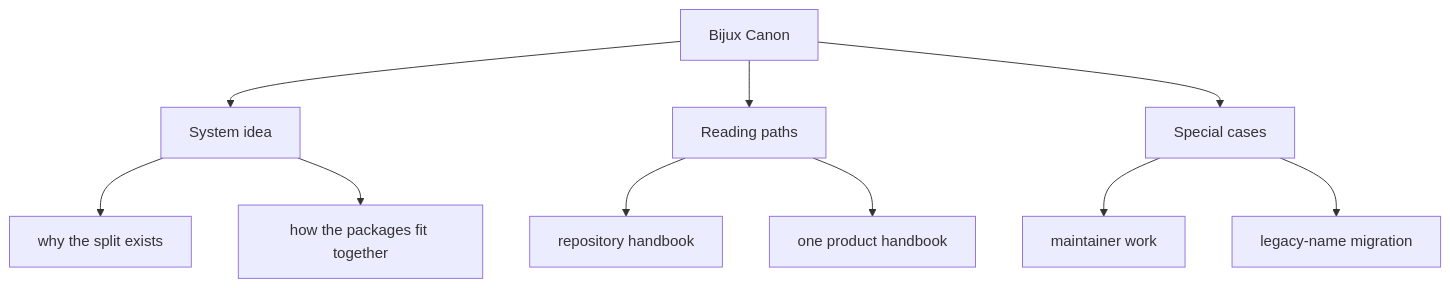
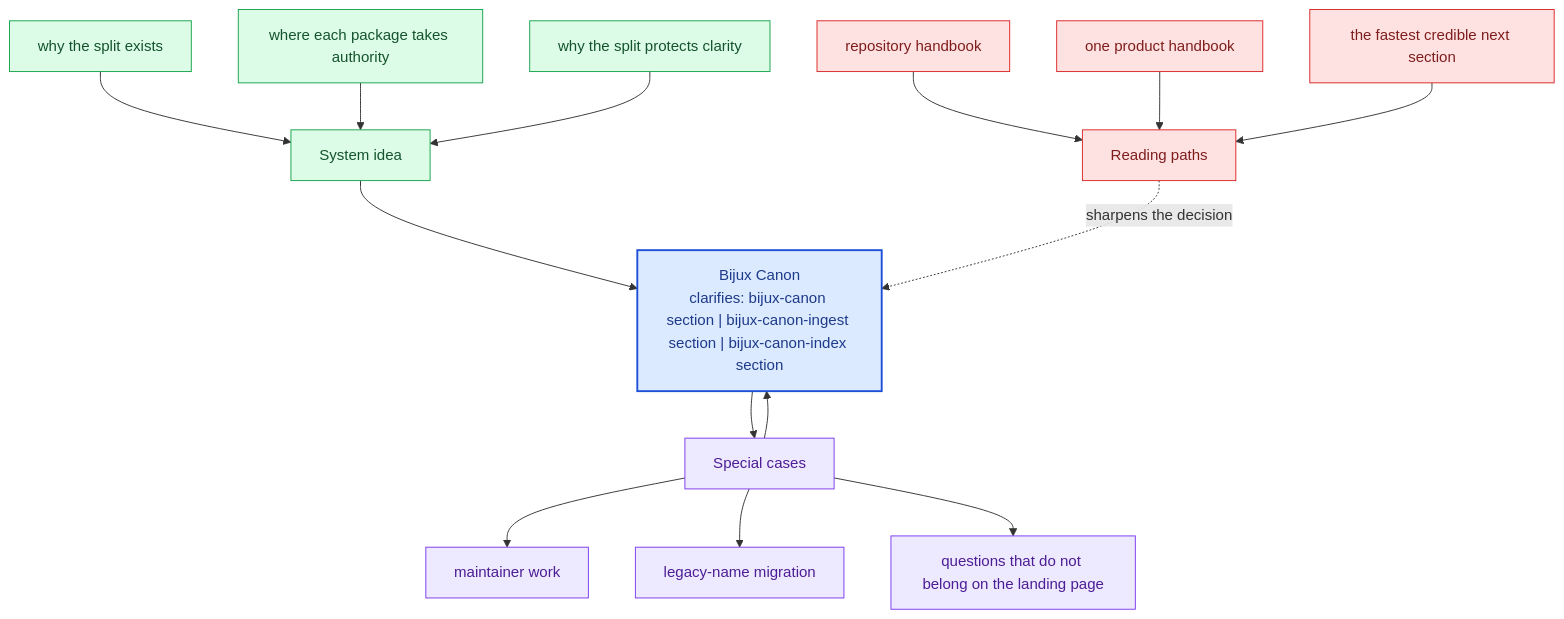
One commit to bijux/bijux-canon changed the second of 2 diagrams in docs/index.md. Above: the diagram before and after it, drawn with Mermaid. The commit also changed other lines of this file and 281 other files, not shown here.

Commit message:
docs(diagrams): deepen handbook mermaid maps across the catalog

````diff
--- a/docs/index.md
+++ b/docs/index.md
@@ -77,22 +110,40 @@
 ```mermaid
-flowchart TD
-    page["Bijux Canon"]
+flowchart TB
+    promise["Bijux Canon<br/>clarifies: bijux-canon section | bijux-canon-ingest section | bijux-canon-index section"]
+    classDef promise fill:#dbeafe,stroke:#1d4ed8,color:#1e3a8a,stroke-width:2px;
+    classDef driver fill:#dcfce7,stroke:#16a34a,color:#14532d;
+    classDef constraint fill:#fee2e2,stroke:#dc2626,color:#7f1d1d;
+    classDef ground fill:#ede9fe,stroke:#7c3aed,color:#4c1d95;
     focus1["System idea"]
-    page --> focus1
+    focus1 --> promise
     focus1_1["why the split exists"]
-    focus1 --> focus1_1
-    focus1_2["how the packages fit together"]
-    focus1 --> focus1_2
+    focus1_1 --> focus1
+    focus1_2["where each package takes authority"]
+    focus1_2 --> focus1
+    focus1_3["why the split protects clarity"]
+    focus1_3 --> focus1
+    class focus1 driver;
+    class focus1_1,focus1_2,focus1_3 driver;
     focus2["Reading paths"]
-    page --> focus2
+    focus2 -.sharpens the decision.-> promise
     focus2_1["repository handbook"]
-    focus2 --> focus2_1
+    focus2_1 --> focus2
     focus2_2["one product handbook"]
-    focus2 --> focus2_2
+    focus2_2 --> focus2
+    focus2_3["the fastest credible next section"]
+    focus2_3 --> focus2
+    class focus2 constraint;
+    class focus2_1,focus2_2,focus2_3 constraint;
     focus3["Special cases"]
-    page --> focus3
+    focus3 --> promise
+    promise --> focus3
     focus3_1["maintainer work"]
     focus3 --> focus3_1
     focus3_2["legacy-name migration"]
     focus3 --> focus3_2
+    focus3_3["questions that do not belong on the landing page"]
+    focus3 --> focus3_3
+    class focus3 ground;
+    class focus3_1,focus3_2,focus3_3 ground;
+    class promise promise;
 ```
````
